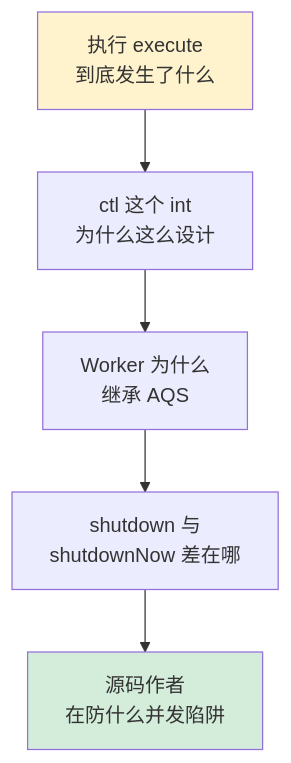
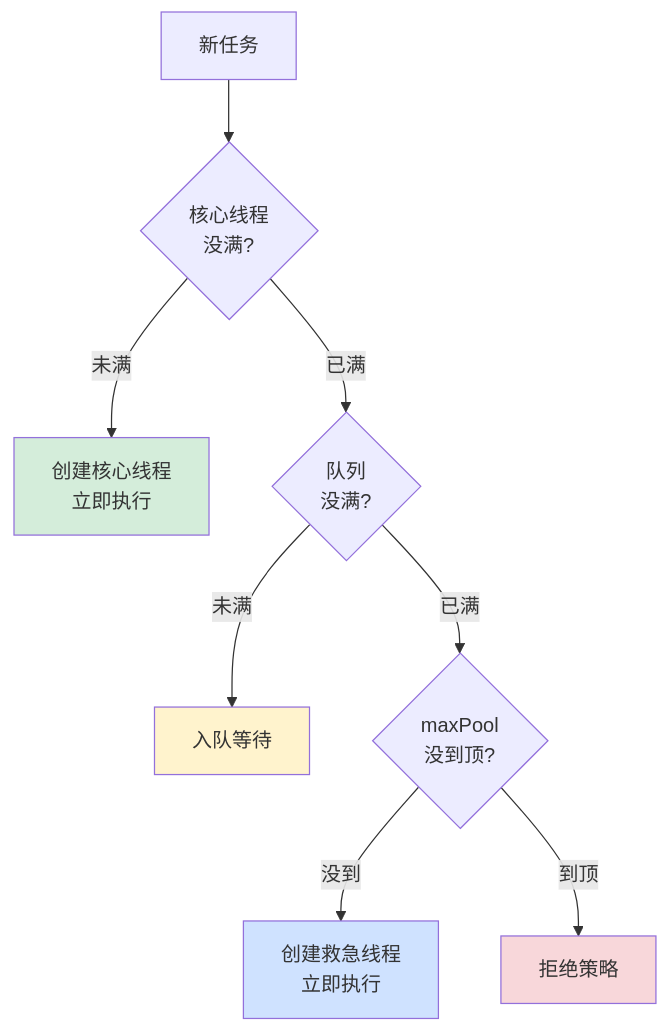
One commit to chongyang211/YCBookBlog changed the fourth of 6 diagrams in 00.通用技术的提升/02.程序编程原理/03.第3卷并发之道/3.16.线程池设计核心原理.md. Above: the diagram before and after it, drawn with Mermaid. The commit also changed other lines of this file and 45 other files, not shown here.

````diff
--- a/00.通用技术的提升/02.程序编程原理/03.第3卷并发之道/3.16.线程池设计核心原理.md
+++ b/00.通用技术的提升/02.程序编程原理/03.第3卷并发之道/3.16.线程池设计核心原理.md
@@ -91,9 +455,15 @@
 ```mermaid
 flowchart TB
-    Q1[执行 execute<br/>到底发生了什么] --> Q2[ctl 这个 int<br/>为什么这么设计]
-    Q2 --> Q3[Worker 为什么<br/>继承 AQS]
-    Q3 --> Q4[shutdown 与<br/>shutdownNow 差在哪]
-    Q4 --> Q5[源码作者<br/>在防什么并发陷阱]
-    style Q1 fill:#fff3cd
-    style Q5 fill:#d4edda
+    A[新任务] --> B{核心线程<br/>没满?}
+    B -->|未满| B1[创建核心线程<br/>立即执行]
+    B -->|已满| C{队列<br/>没满?}
+    C -->|未满| C1[入队等待]
+    C -->|已满| D{maxPool<br/>没到顶?}
+    D -->|没到| D1[创建救急线程<br/>立即执行]
+    D -->|到顶| E[拒绝策略]
+    
+    style B1 fill:#d4edda
+    style C1 fill:#fff3cd
+    style D1 fill:#cfe2ff
+    style E fill:#f8d7da
 ```
````
